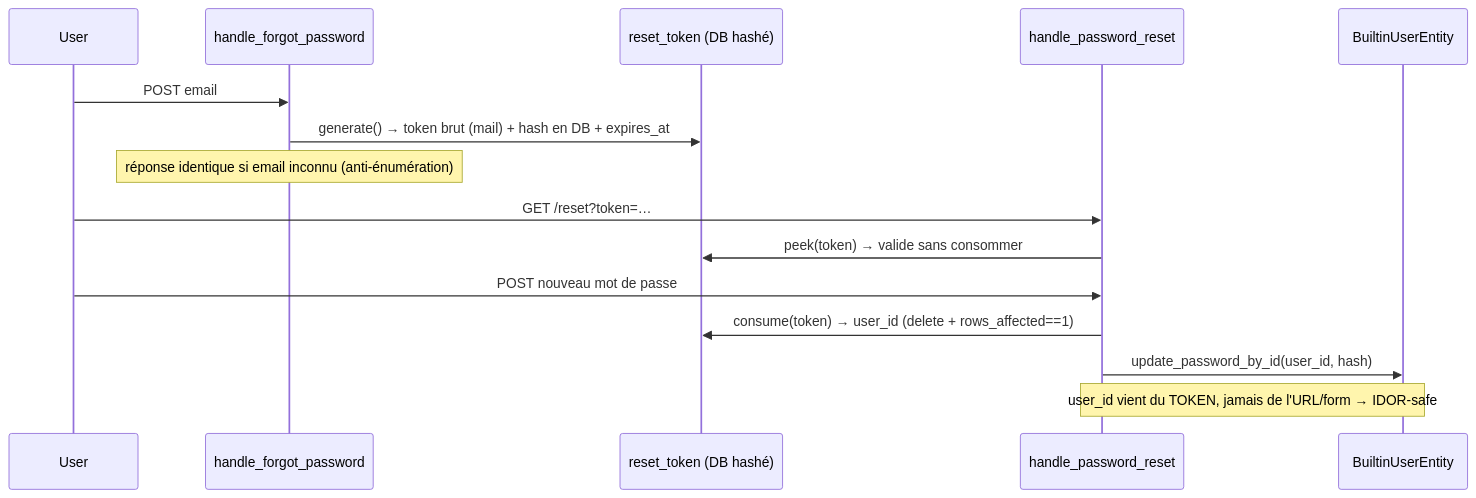
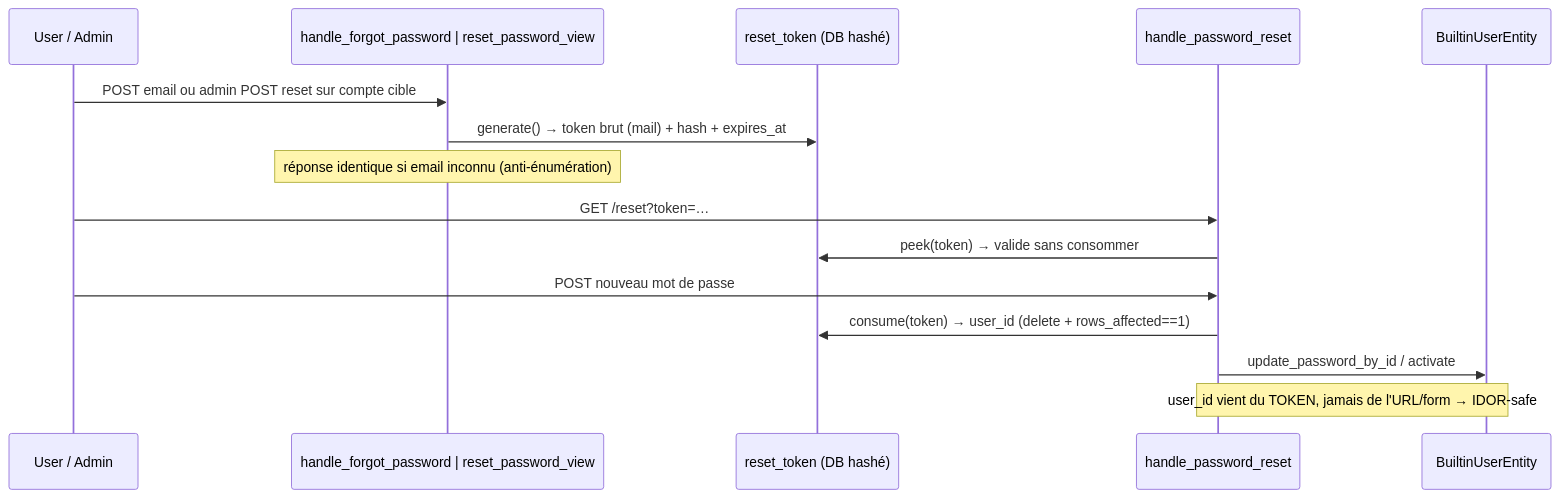
One commit to seb-alliot/runique changed the fourth of 5 diagrams in diagramme/flux/admin-crud-reset-makemigrations.md. Above: the diagram before and after it, drawn with Mermaid. The commit also changed other lines of this file and 36 other files, not shown here.

````diff
--- a/diagramme/flux/admin-crud-reset-makemigrations.md
+++ b/diagramme/flux/admin-crud-reset-makemigrations.md
@@ -32,18 +97,18 @@
 ```mermaid
 sequenceDiagram
-    participant U as User
-    participant FP as handle_forgot_password
+    participant U as User / Admin
+    participant FP as handle_forgot_password | reset_password_view
     participant RT as reset_token (DB hashé)
     participant RP as handle_password_reset
     participant DB as BuiltinUserEntity
 
-    U->>FP: POST email
-    FP->>RT: generate() → token brut (mail) + hash en DB + expires_at
+    U->>FP: POST email  ou  admin POST reset sur compte cible
+    FP->>RT: generate() → token brut (mail) + hash + expires_at
     Note over FP: réponse identique si email inconnu (anti-énumération)
     U->>RP: GET /reset?token=…
     RP->>RT: peek(token) → valide sans consommer
     U->>RP: POST nouveau mot de passe
     RP->>RT: consume(token) → user_id (delete + rows_affected==1)
-    RP->>DB: update_password_by_id(user_id, hash)
+    RP->>DB: update_password_by_id / activate
     Note over RP,DB: user_id vient du TOKEN, jamais de l'URL/form → IDOR-safe
 ```
````
